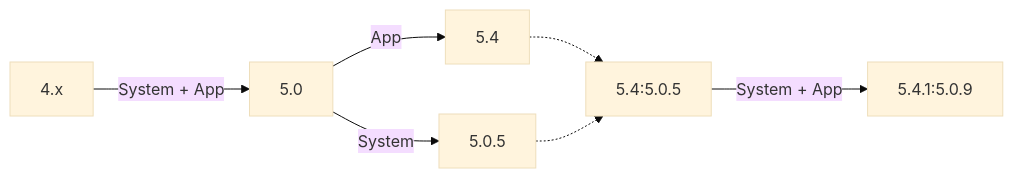
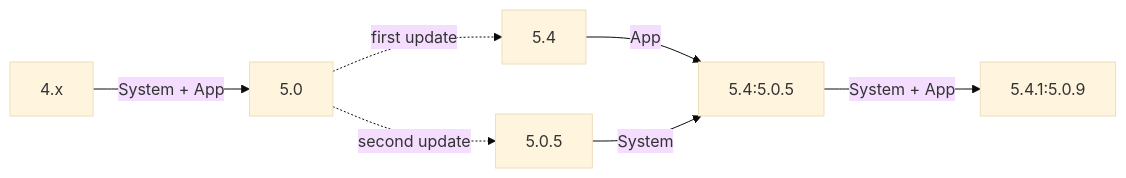
One commit to Thundergrid149/Thundergrid-Installer-Instructions changed the diagram in Etrel Inch Firmware Update Procedure.md. Above: the diagram before and after it, drawn with Mermaid (base theme).

Commit message:
Update Etrel Inch Firmware Update Procedure.md

````diff
--- a/Etrel Inch Firmware Update Procedure.md
+++ b/Etrel Inch Firmware Update Procedure.md
@@ -50,11 +50,11 @@
 ```mermaid
 flowchart LR
 
 Z[4.x]-->|System + App|Y
-Y[5.0]-->| App |C
-Y[5.0]-->| System |B
-C[5.4].->|  |D
-B[5.0.5].->|  |D
+Y[5.0].->| first update |C
+Y[5.0].->| second update |B
+C[5.4]-->| App |D
+B[5.0.5]-->| System |D
 D[5.4:5.0.5]-->| System + App |E
 E[5.4.1:5.0.9]
 ```
````
